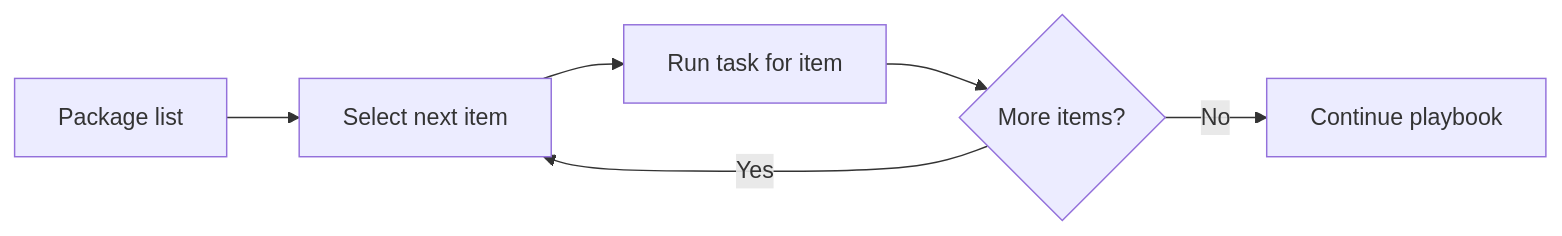
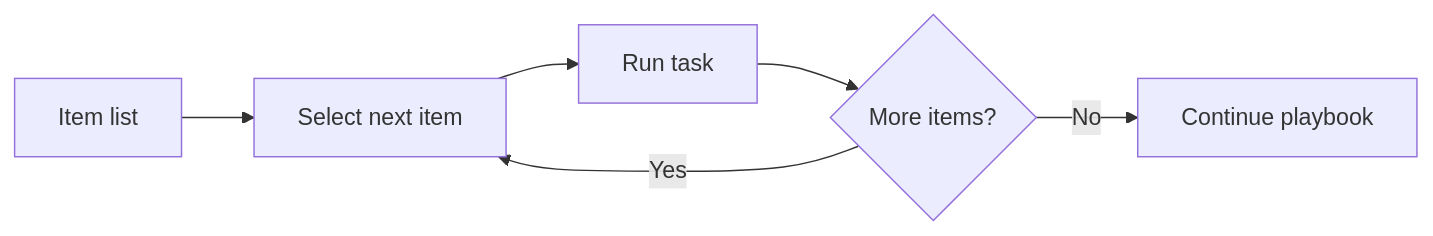
Before and after one commit to Ansible-workshop-ch/bootcamp: the second of 4 diagrams in module05/conditions-loops-handlers-templates.md, drawn with Mermaid. The commit also changed other lines of this file, not shown here.

````diff
--- a/module05/conditions-loops-handlers-templates.md
+++ b/module05/conditions-loops-handlers-templates.md
@@ -230,9 +187,8 @@
 ```mermaid
 flowchart LR
-    A[Package list] --> B[Select next item]
-    B --> C[Run task for item]
+    A[Item list] --> B[Select next item]
+    B --> C[Run task]
     C --> D{More items?}
-
     D -->|Yes| B
     D -->|No| E[Continue playbook]
 ```
````
